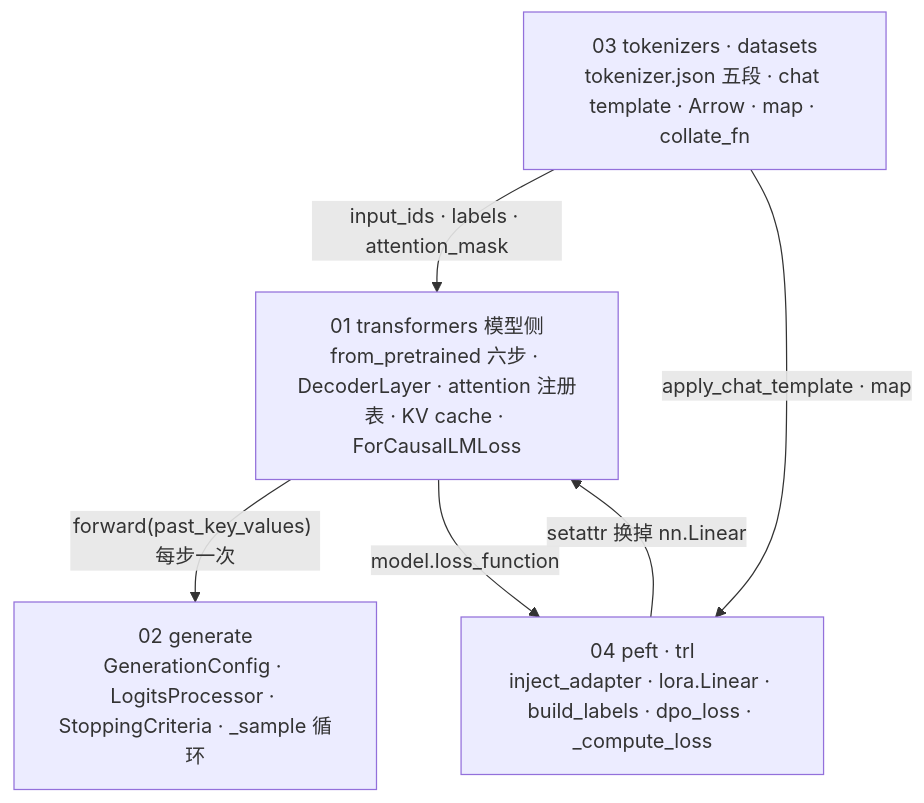
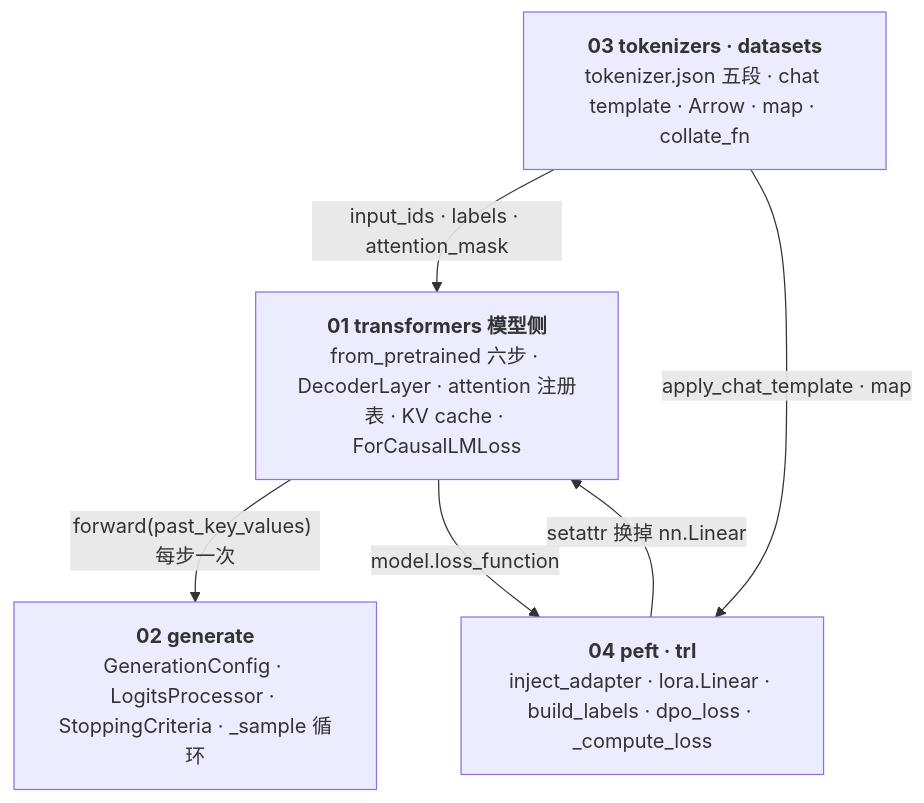
Before and after one commit to arganzheng/arganzheng.github.com: the diagram in _posts/2026-05-25-hf-source-reading-series-recap-and-self-test.md, drawn with Mermaid. The commit also changed 1 other file, not shown here.

Commit message:
读 Hugging Face 源码：从 from_pretrained 到 GRPO 的 loss：Mermaid 多行方框的首行标为标题（2 篇）
只在标签开头加 <b>…</b>，文字不变；长句、断句续行、代码 / 推演步骤、
并列行和判断菱形保持原样。

````diff
--- a/_posts/2026-05-25-hf-source-reading-series-recap-and-self-test.md
+++ b/_posts/2026-05-25-hf-source-reading-series-recap-and-self-test.md
@@ -17,14 +17,14 @@
 ```mermaid
 %%{init: {"flowchart": {"wrappingWidth": 230}}}%%
 %% 图：四篇的依赖：03 造 input_ids / labels 与 batch，01 的模型算前向与 ForCausalLMLoss，02 的 generate 反复调 01 的 forward，04 的 peft 改 01 的 nn.Linear、trl 用 03 的 apply_chat_template 与 map 造 labels、用 01 的 loss_function 算 SFT loss
 flowchart TB
-    T3["03 tokenizers · datasets<br/>tokenizer.json 五段 · chat template · Arrow · map · collate_fn"]
-    T1["01 transformers 模型侧<br/>from_pretrained 六步 · DecoderLayer · attention 注册表 · KV cache · ForCausalLMLoss"]
-    T2["02 generate<br/>GenerationConfig · LogitsProcessor · StoppingCriteria · _sample 循环"]
-    T4["04 peft · trl<br/>inject_adapter · lora.Linear · build_labels · dpo_loss · _compute_loss"]
+    T3["<b>03 tokenizers · datasets</b><br/>tokenizer.json 五段 · chat template · Arrow · map · collate_fn"]
+    T1["<b>01 transformers 模型侧</b><br/>from_pretrained 六步 · DecoderLayer · attention 注册表 · KV cache · ForCausalLMLoss"]
+    T2["<b>02 generate</b><br/>GenerationConfig · LogitsProcessor · StoppingCriteria · _sample 循环"]
+    T4["<b>04 peft · trl</b><br/>inject_adapter · lora.Linear · build_labels · dpo_loss · _compute_loss"]
     T3 -- "input_ids · labels · attention_mask" --> T1
     T1 -- "forward(past_key_values) 每步一次" --> T2
     T4 -- "setattr 换掉 nn.Linear" --> T1
     T3 -- "apply_chat_template · map" --> T4
     T1 -- "model.loss_function" --> T4
 ```
````
